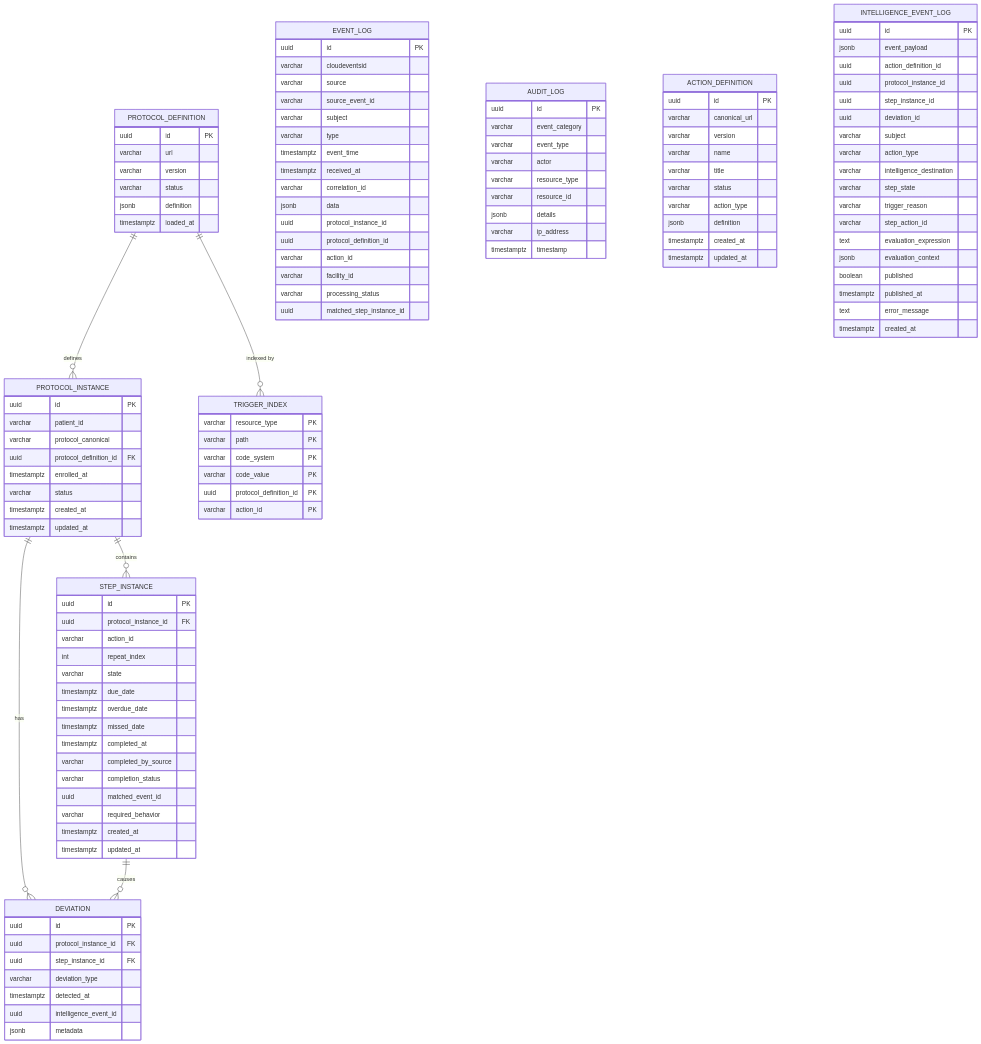
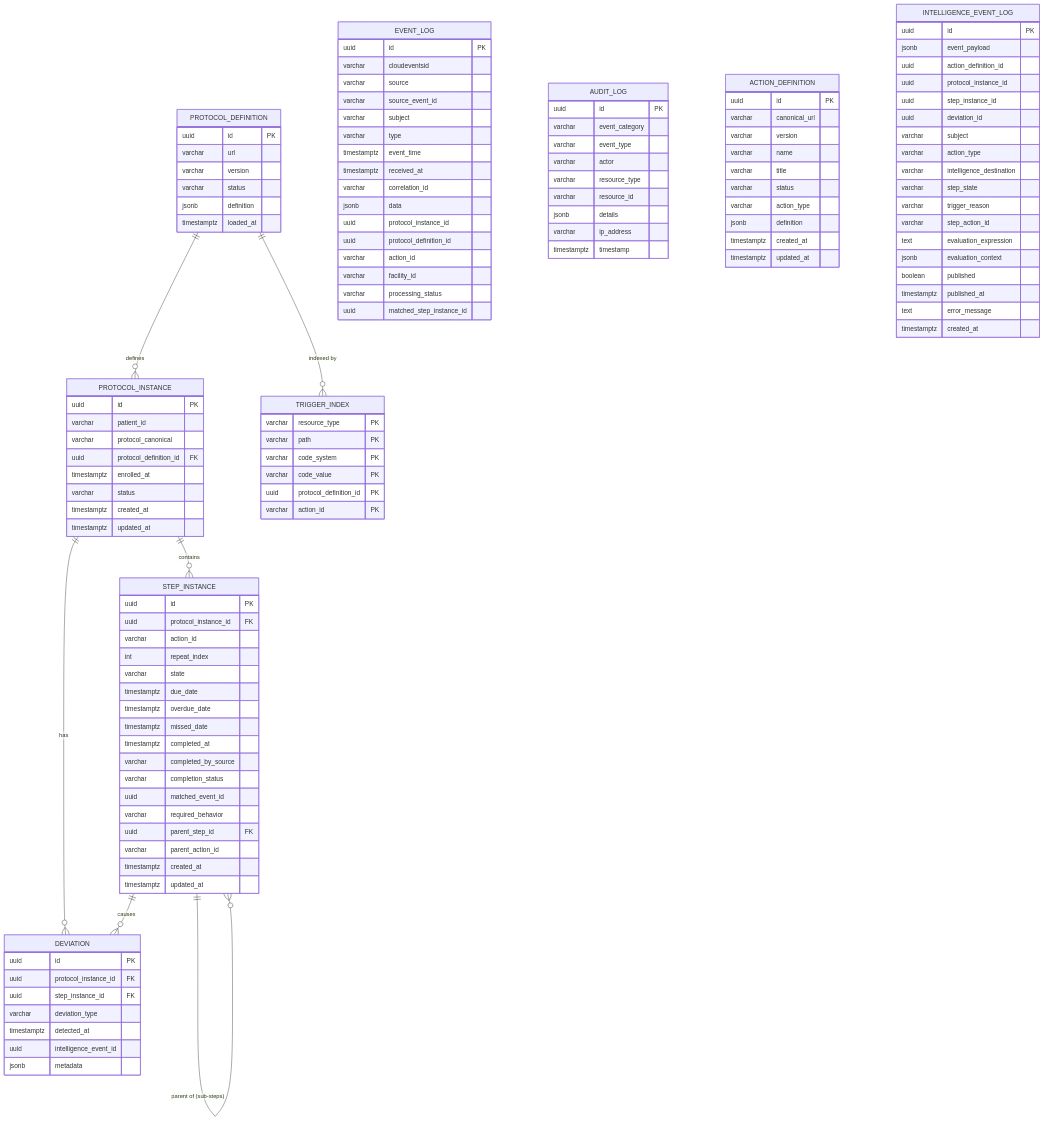
One commit to Jayaprakash8887/cce-compliance-service changed the diagram in docs/data-dictionary.md. Above: the diagram before and after it, drawn with Mermaid. The commit also changed other lines of this file and 3 other files, not shown here.

Commit message:
feat: add sub-step group support and schema optimizations for compliance tracking

```diff
--- a/docs/data-dictionary.md
+++ b/docs/data-dictionary.md
@@ -34,6 +34,7 @@
     PROTOCOL_INSTANCE ||--o{ STEP_INSTANCE : "contains"
     PROTOCOL_INSTANCE ||--o{ DEVIATION : "has"
     STEP_INSTANCE ||--o{ DEVIATION : "causes"
+    STEP_INSTANCE ||--o{ STEP_INSTANCE : "parent of (sub-steps)"
 
     PROTOCOL_DEFINITION {
         uuid id PK
@@ -69,6 +70,8 @@
         varchar completion_status
         uuid matched_event_id
         varchar required_behavior
+        uuid parent_step_id FK
+        varchar parent_action_id
         timestamptz created_at
         timestamptz updated_at
     }
```
